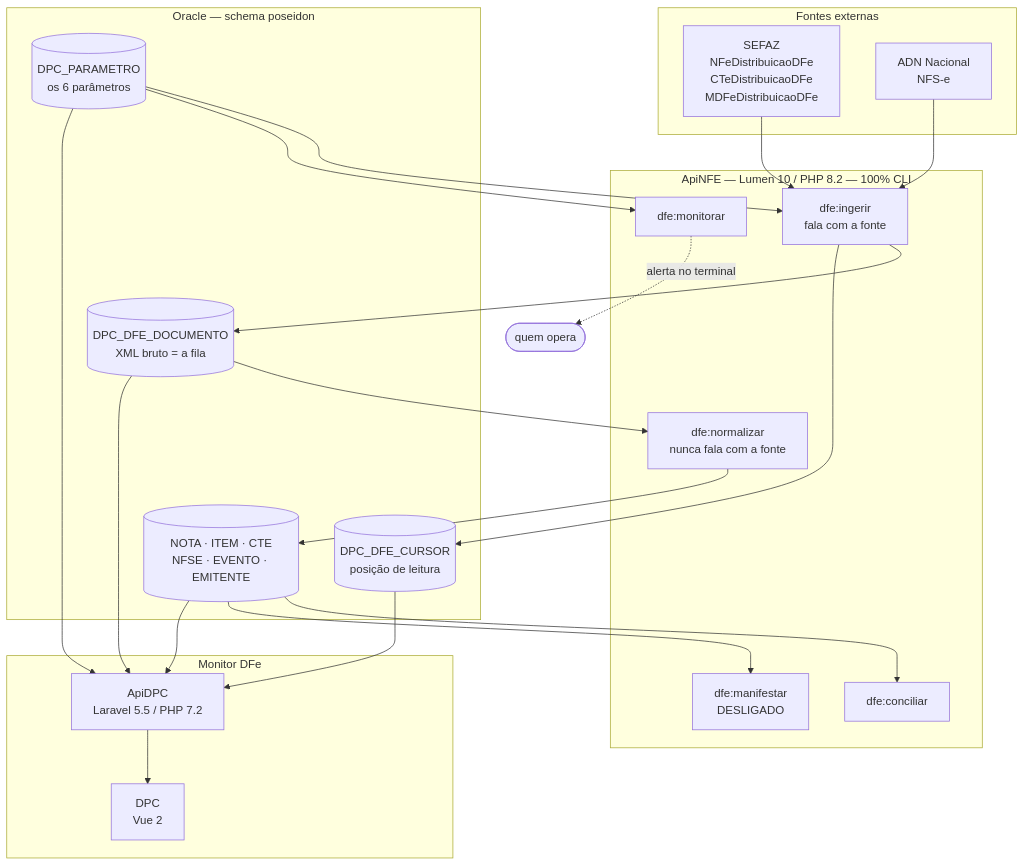
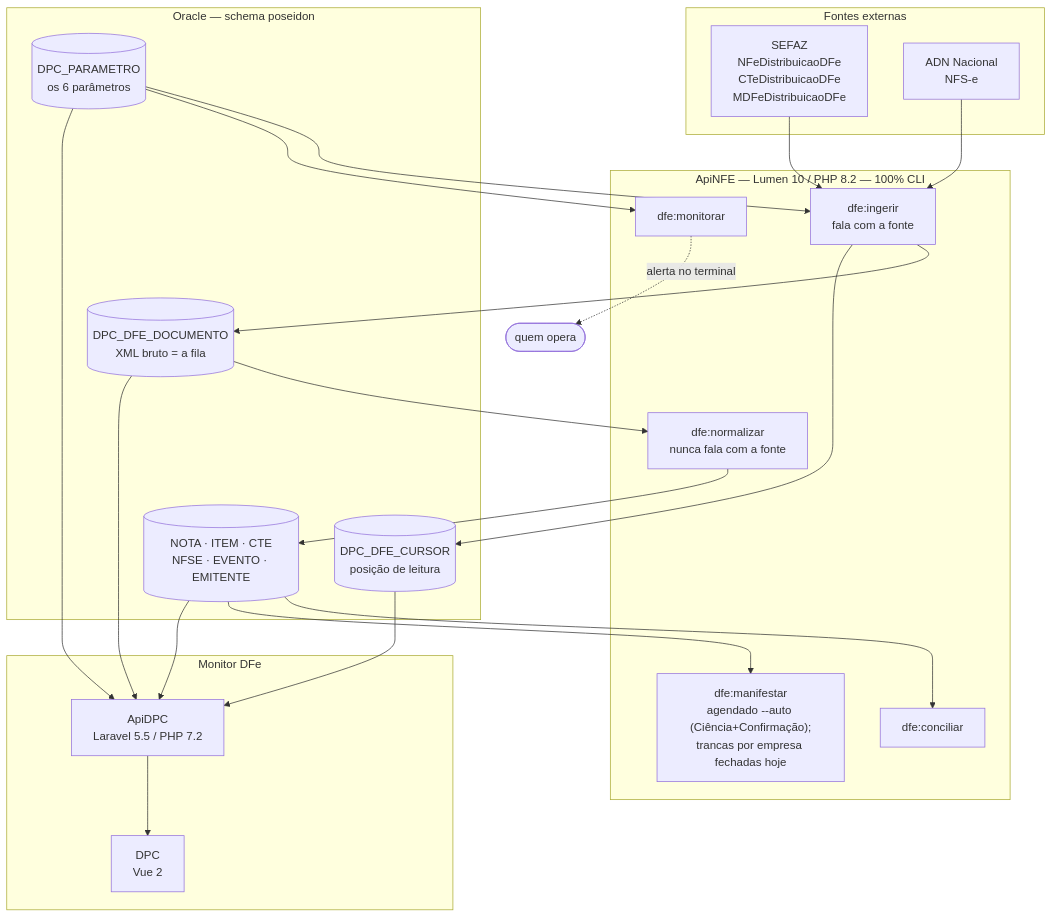
The diagram in docs/nfe_dfe/docs/readme.md (jbmchd/dpc-claude-folder), drawn with Mermaid before and after one commit. The commit also changed other lines of this file and 11 other files, not shown here.

````diff
--- a/docs/nfe_dfe/docs/readme.md
+++ b/docs/nfe_dfe/docs/readme.md
@@ -91,36 +91,36 @@
 ```mermaid
 flowchart TD
     subgraph EXT["Fontes externas"]
         SEF["SEFAZ<br/>NFeDistribuicaoDFe<br/>CTeDistribuicaoDFe<br/>MDFeDistribuicaoDFe"]
         ADN["ADN Nacional<br/>NFS-e"]
     end
 
     subgraph API["ApiNFE — Lumen 10 / PHP 8.2 — 100% CLI"]
         ING["dfe:ingerir<br/>fala com a fonte"]
         NOR["dfe:normalizar<br/>nunca fala com a fonte"]
         CON["dfe:conciliar"]
-        MAN["dfe:manifestar<br/>DESLIGADO"]
+        MAN["dfe:manifestar<br/>agendado --auto (Ciência+Confirmação);<br/>trancas por empresa fechadas hoje"]
         MON["dfe:monitorar"]
     end
 
     subgraph OR["Oracle — schema poseidon"]
         CUR[("DPC_DFE_CURSOR<br/>posição de leitura")]
         DOC[("DPC_DFE_DOCUMENTO<br/>XML bruto = a fila")]
         NRM[("NOTA · ITEM · CTE<br/>NFSE · EVENTO · EMITENTE")]
         PAR[("DPC_PARAMETRO<br/>os 6 parâmetros")]
     end
 
     subgraph TELA["Monitor DFe"]
         DPCAPI["ApiDPC<br/>Laravel 5.5 / PHP 7.2"]
         DPCUI["DPC<br/>Vue 2"]
     end
 
     SEF & ADN --> ING
     ING --> DOC & CUR
     DOC --> NOR --> NRM
     NRM --> CON & MAN
     PAR --> ING & MON
     PAR --> DPCAPI
     NRM & DOC & CUR --> DPCAPI --> DPCUI
     MON -.->|"alerta no terminal"| OPS(["quem opera"])
 ```
````
